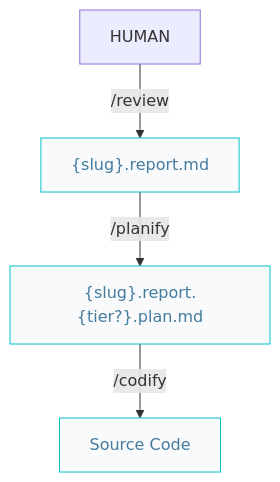
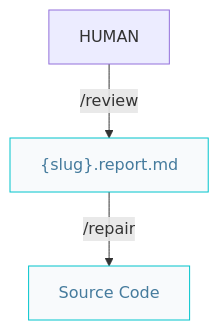
Before and after one commit to AIDDbot/AIDDbot: the first of 2 diagrams in docs/craftsman.pipelines.md, drawn with Mermaid. The commit also changed other lines of this file and 3 other files, not shown here.

````diff
--- a/docs/craftsman.pipelines.md
+++ b/docs/craftsman.pipelines.md
@@ -5,13 +5,11 @@
 ```mermaid
 flowchart TD  
   HUM[HUMAN]
   RPT["{slug}.report.md"]:::nd
-  PLN["{slug}.report.{tier?}.plan.md"]:::nd
   COD[Source Code]:::nd
 
   HUM -->|/review| RPT
-  RPT -->|/planify| PLN
-  PLN -->|/codify| COD
-
+  RPT -->|/repair| COD
+ 
   classDef nd fill:#f8fafc,stroke:#00c4cc,color:#457b9d
 ```
````
